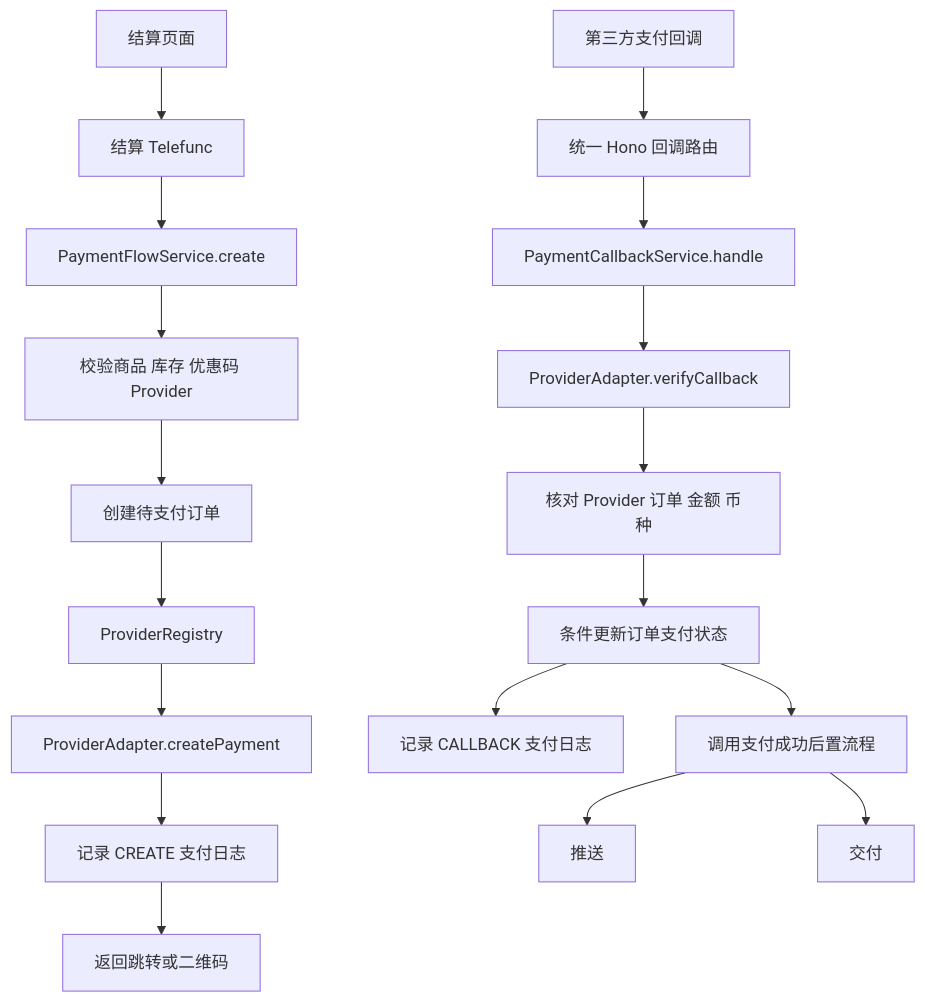
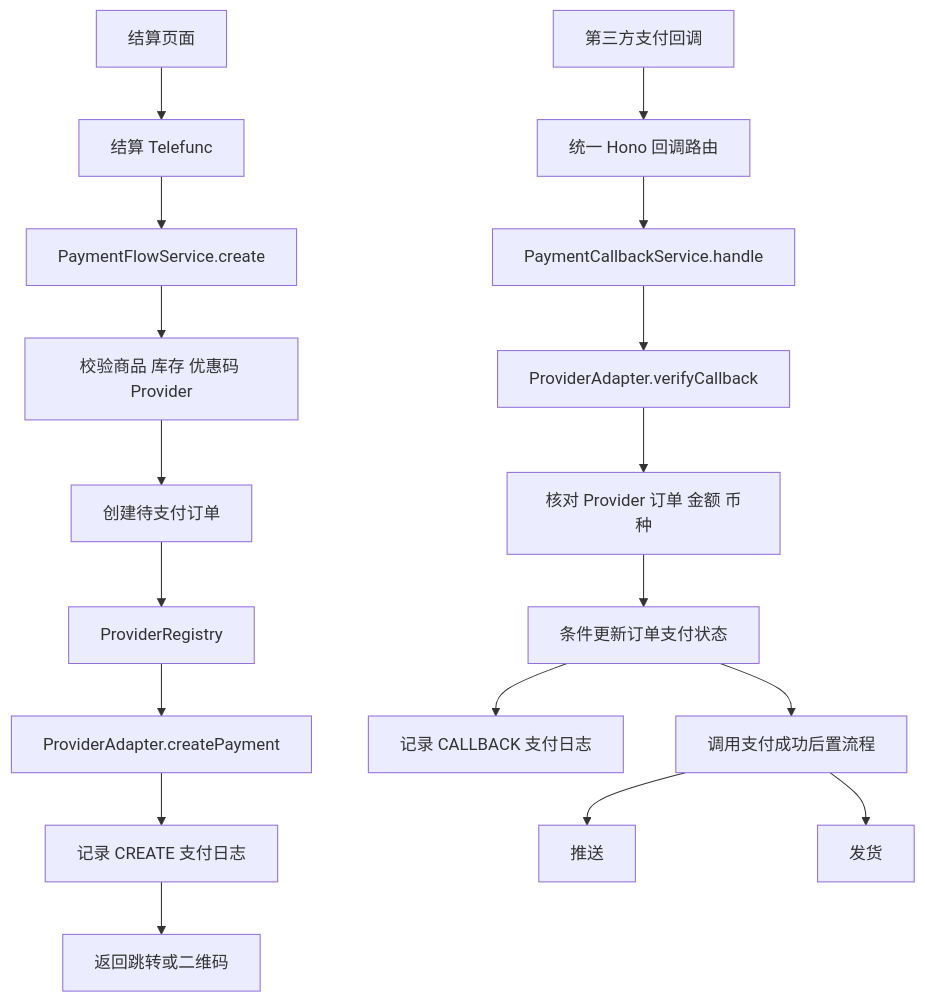
The diagram in feat/支付设计方案.md (34892002/cffk), drawn with Mermaid before and after one commit. The commit also changed other lines of this file and 15 other files, not shown here.

````diff
--- a/feat/支付设计方案.md
+++ b/feat/支付设计方案.md
@@ -88,21 +88,21 @@
 ```mermaid
 flowchart TD
     A[结算页面] --> B[结算 Telefunc]
     B --> C[PaymentFlowService.create]
     C --> D[校验商品 库存 优惠码 Provider]
     D --> E[创建待支付订单]
     E --> F[ProviderRegistry]
     F --> G[ProviderAdapter.createPayment]
     G --> H[记录 CREATE 支付日志]
     H --> I[返回跳转或二维码]
 
     J[第三方支付回调] --> K[统一 Hono 回调路由]
     K --> L[PaymentCallbackService.handle]
     L --> M[ProviderAdapter.verifyCallback]
     M --> N[核对 Provider 订单 金额 币种]
     N --> O[条件更新订单支付状态]
     O --> P[记录 CALLBACK 支付日志]
     O --> Q[调用支付成功后置流程]
     Q --> R[推送]
-    Q --> S[交付]
+    Q --> S[发货]
 ```
````
